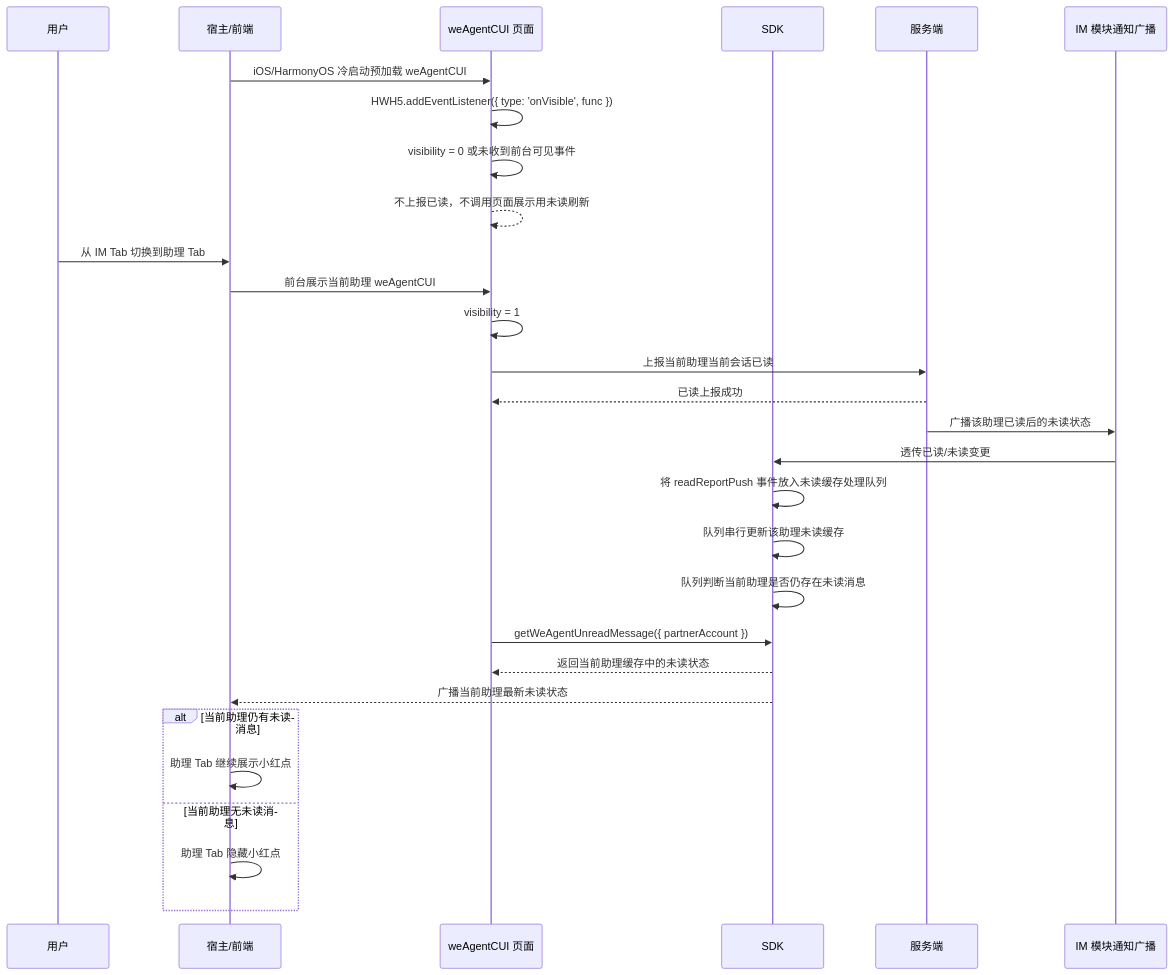
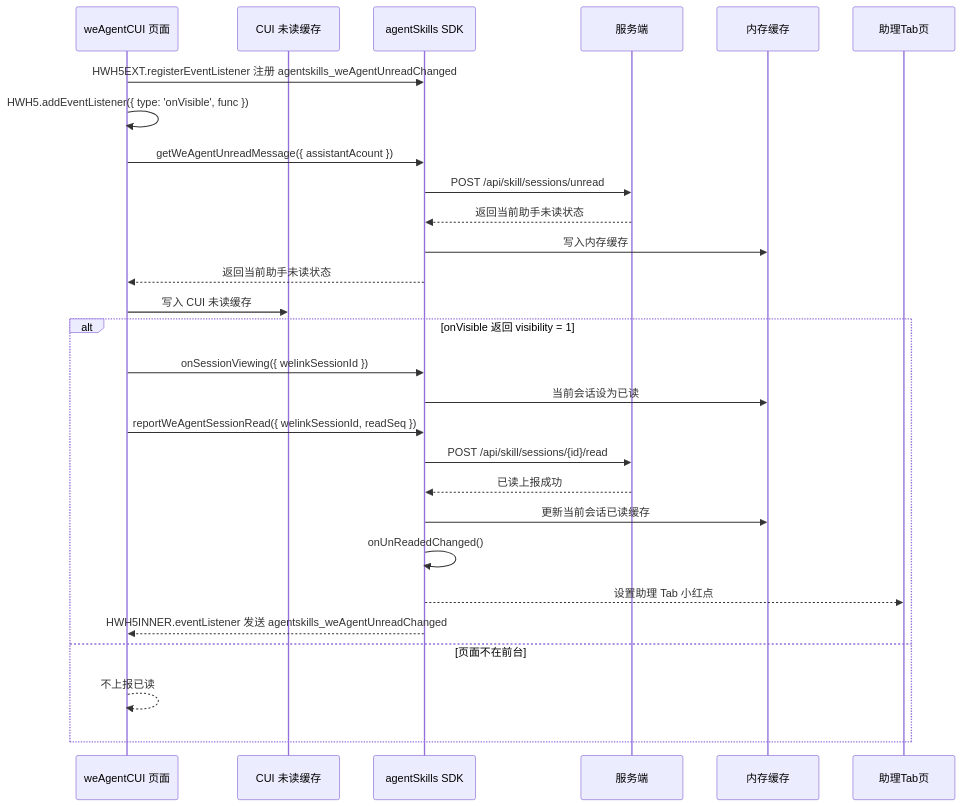
One commit to Abelsjcheng/skillSDK changed the fifth of 6 diagrams in 2026-06-11-we-agent-tab-unread-red-dot-plan.md. Above: the diagram before and after it, drawn with Mermaid. The commit also changed other lines of this file, not shown here.

````diff
--- a/2026-06-11-we-agent-tab-unread-red-dot-plan.md
+++ b/2026-06-11-we-agent-tab-unread-red-dot-plan.md
@@ -157,32 +173,31 @@
 ```mermaid
 sequenceDiagram
-    participant User as 用户
-    participant Host as 宿主/前端
     participant CUI as weAgentCUI 页面
-    participant SDK as SDK
+    participant CUICache as CUI 未读缓存
+    participant SDK as agentSkills SDK
     participant Server as 服务端
-    participant IM as IM 模块通知广播
+    participant Memory as 内存缓存
+    participant Tab as 助理Tab页
 
-    Host->>CUI: iOS/HarmonyOS 冷启动预加载 weAgentCUI
+    CUI->>SDK: HWH5EXT.registerEventListener 注册 agentskills_weAgentUnreadChanged
     CUI->>CUI: HWH5.addEventListener({ type: 'onVisible', func })
-    CUI->>CUI: visibility = 0 或未收到前台可见事件
-    CUI-->>CUI: 不上报已读，不调用页面展示用未读刷新
-    User->>Host: 从 IM Tab 切换到助理 Tab
-    Host->>CUI: 前台展示当前助理 weAgentCUI
-    CUI->>CUI: visibility = 1
-    CUI->>Server: 上报当前助理当前会话已读
-    Server-->>CUI: 已读上报成功
-    Server->>IM: 广播该助理已读后的未读状态
-    IM->>SDK: 透传已读/未读变更
-    SDK->>SDK: 将 readReportPush 事件放入未读缓存处理队列
-    SDK->>SDK: 队列串行更新该助理未读缓存
-    SDK->>SDK: 队列判断当前助理是否仍存在未读消息
-    CUI->>SDK: getWeAgentUnreadMessage({ partnerAccount })
-    SDK-->>CUI: 返回当前助理缓存中的未读状态
-    SDK-->>Host: 广播当前助理最新未读状态
-    alt 当前助理仍有未读消息
-        Host->>Host: 助理 Tab 继续展示小红点
-    else 当前助理无未读消息
-        Host->>Host: 助理 Tab 隐藏小红点
+    CUI->>SDK: getWeAgentUnreadMessage({ assistantAcount })
+    SDK->>Server: POST /api/skill/sessions/unread
+    Server-->>SDK: 返回当前助手未读状态
+    SDK->>Memory: 写入内存缓存
+    SDK-->>CUI: 返回当前助手未读状态
+    CUI->>CUICache: 写入 CUI 未读缓存
+    alt onVisible 返回 visibility = 1
+        CUI->>SDK: onSessionViewing({ welinkSessionId })
+        SDK->>Memory: 当前会话设为已读
+        CUI->>SDK: reportWeAgentSessionRead({ welinkSessionId, readSeq })
+        SDK->>Server: POST /api/skill/sessions/{id}/read
+        Server-->>SDK: 已读上报成功
+        SDK->>Memory: 更新当前会话已读缓存
+        SDK->>SDK: onUnReadedChanged()
+        SDK-->>Tab: 设置助理 Tab 小红点
+        SDK-->>CUI: HWH5INNER.eventListener 发送 agentskills_weAgentUnreadChanged
+    else 页面不在前台
+        CUI-->>CUI: 不上报已读
     end
 ```
````
